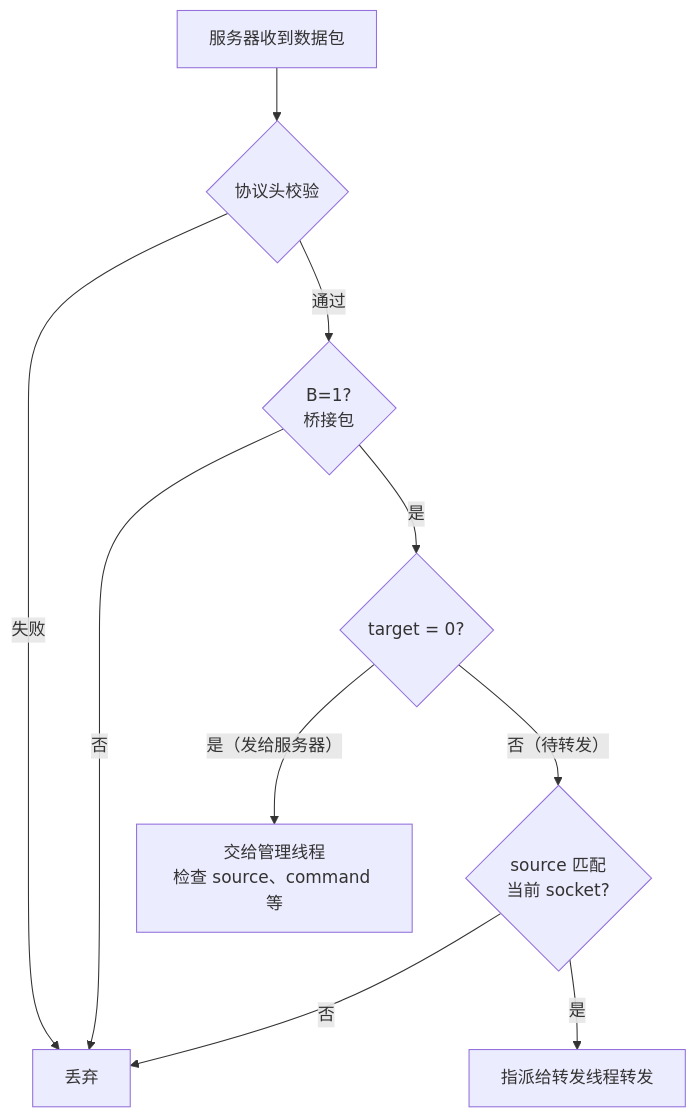
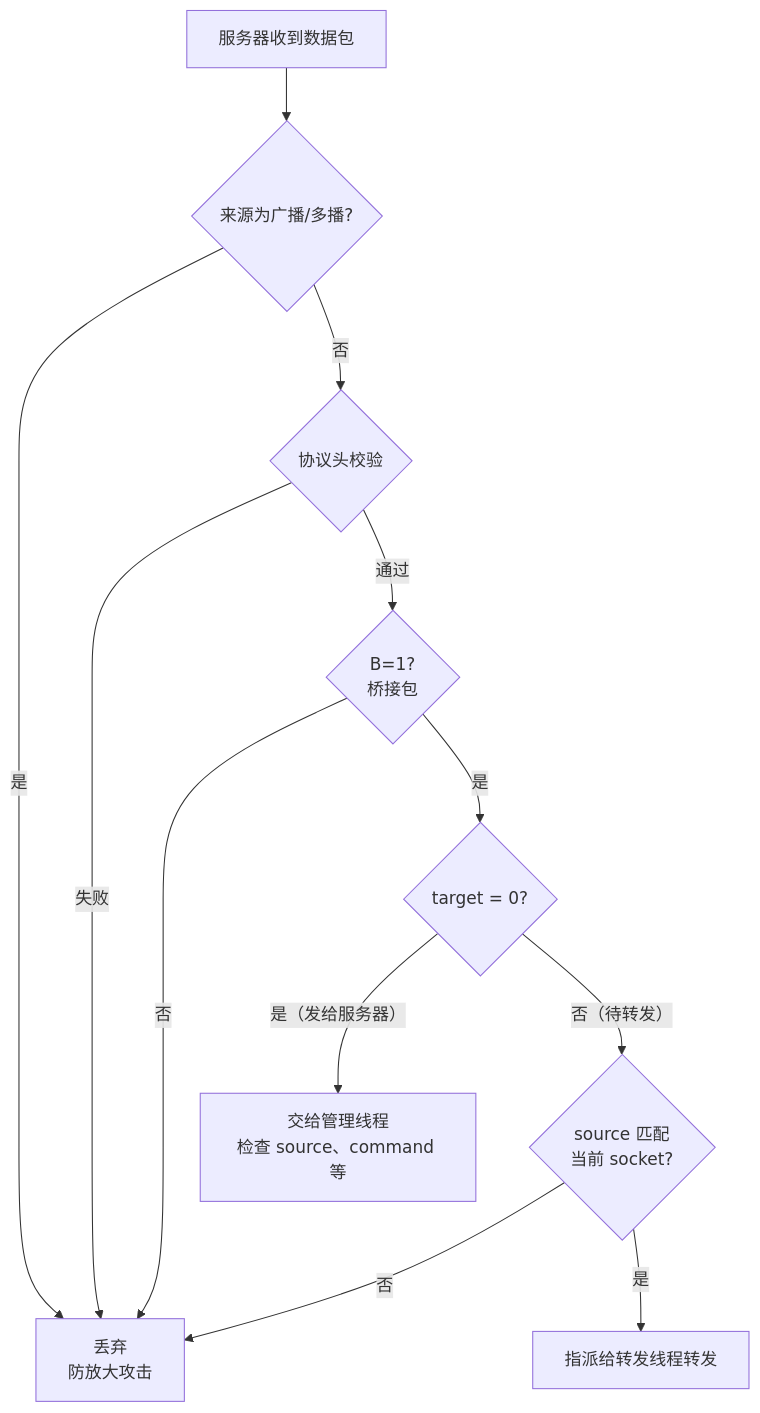
Before and after one commit to moky/magpie: the third of 6 diagrams in docs/workflow.md, drawn with Mermaid. The commit also changed 10 other files, not shown here.

````diff
--- a/docs/workflow.md
+++ b/docs/workflow.md
@@ -72,12 +72,14 @@
 ```mermaid
 flowchart TD
-    RX[服务器收到数据包] --> CHK{协议头校验}
-    CHK -- "失败" --> DROP[丢弃]
+    RX[服务器收到数据包] --> BC{"来源为广播/多播?"}
+    BC -- "是" --> DROP[丢弃<br/>防放大攻击]
+    BC -- "否" --> CHK{协议头校验}
+    CHK -- "失败" --> DROP
     CHK -- "通过" --> BID{"B=1?<br/>桥接包"}
     BID -- "否" --> DROP
     BID -- "是" --> TGT{"target = 0?"}
     TGT -- "是（发给服务器）" --> MGMT[交给管理线程<br/>检查 source、command 等]
     TGT -- "否（待转发）" --> SRC{"source 匹配<br/>当前 socket?"}
     SRC -- "否" --> DROP
     SRC -- "是" --> FWD[指派给转发线程转发]
 ```
````
